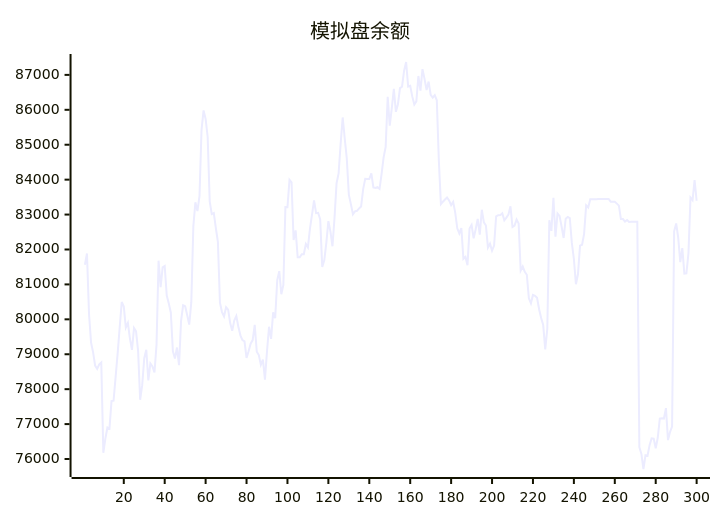
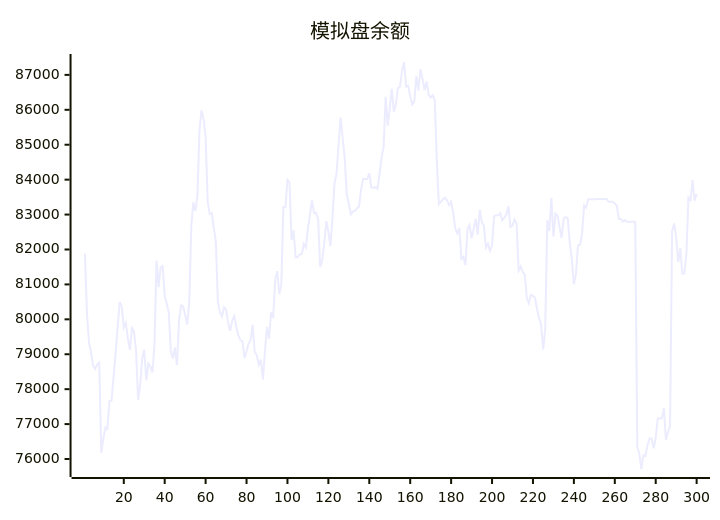
One commit to aahl/ai-trading changed the diagram in README.md. Above: the diagram before and after it, drawn with Mermaid. The commit also changed other lines of this file and 1 other file, not shown here.

````diff
--- a/README.md
+++ b/README.md
@@ -5,5 +5,5 @@
 ```mermaid
 xychart
     title "模拟盘余额"
-    line [81564,81884,80160,79335,79055,78675,78580,78708,78764,76179,76586,76902,76876,77658,77669,78346,79023,79769,80497,80366,79761,79896,79448,79126,79749,79658,79097,77695,78114,78888,79126,78249,78738,78653,78478,79271,81680,80923,81488,81527,80681,80455,80190,79084,78879,79193,78686,79954,80403,80374,80118,79848,80491,82665,83351,83098,83525,85430,85983,85737,85221,83378,83014,83043,82613,82216,80477,80208,80081,80348,80277,79894,79670,79965,80093,79786,79542,79406,79371,78893,79087,79304,79406,79841,79072,78978,78696,78846,78272,79085,79787,79442,80198,80031,81120,81379,80718,80985,83214,83212,83993,83921,82270,82547,81776,81776,81866,81866,82158,82061,82596,83000,83408,83041,83050,82858,81503,81691,82188,82812,82517,82092,82901,83898,84180,85030,85781,85178,84604,83569,83298,83008,83093,83107,83175,83228,83729,84025,84017,84019,84177,83775,83762,83785,83738,84160,84639,84939,86370,85548,86046,86599,85942,86161,86622,86664,87115,87369,86666,86685,86384,86152,86243,86969,86548,87164,86885,86566,86809,86427,86348,86417,86273,84538,83299,83369,83430,83490,83404,83270,83362,83056,82605,82459,82614,81734,81788,81551,82598,82702,82320,82580,82878,82426,83139,82778,82686,82056,82166,81963,82110,82951,82983,82984,83038,82838,82915,82998,83235,82642,82682,82858,82746,81396,81512,81362,81277,80600,80461,80699,80673,80616,80288,80038,79836,79142,79722,82837,82533,83480,82366,83032,82960,82654,82330,82883,82934,82901,82188,81728,81005,81298,82110,82135,82449,83264,83203,83440,83439,83440,83440,83446,83447,83448,83447,83448,83449,83369,83369,83369,83313,83256,82872,82873,82801,82844,82785,82791,82791,82793,82794,76339,76145,75714,76110,76096,76397,76594,76585,76310,76607,77160,77170,77160,77456,76541,76774,76927,82520,82744,82337,81639,82040,81307,81314,81887,83490,83414,83984,83396]
+    line [81884,80160,79335,79055,78675,78580,78708,78764,76179,76586,76902,76876,77658,77669,78346,79023,79769,80497,80366,79761,79896,79448,79126,79749,79658,79097,77695,78114,78888,79126,78249,78738,78653,78478,79271,81680,80923,81488,81527,80681,80455,80190,79084,78879,79193,78686,79954,80403,80374,80118,79848,80491,82665,83351,83098,83525,85430,85983,85737,85221,83378,83014,83043,82613,82216,80477,80208,80081,80348,80277,79894,79670,79965,80093,79786,79542,79406,79371,78893,79087,79304,79406,79841,79072,78978,78696,78846,78272,79085,79787,79442,80198,80031,81120,81379,80718,80985,83214,83212,83993,83921,82270,82547,81776,81776,81866,81866,82158,82061,82596,83000,83408,83041,83050,82858,81503,81691,82188,82812,82517,82092,82901,83898,84180,85030,85781,85178,84604,83569,83298,83008,83093,83107,83175,83228,83729,84025,84017,84019,84177,83775,83762,83785,83738,84160,84639,84939,86370,85548,86046,86599,85942,86161,86622,86664,87115,87369,86666,86685,86384,86152,86243,86969,86548,87164,86885,86566,86809,86427,86348,86417,86273,84538,83299,83369,83430,83490,83404,83270,83362,83056,82605,82459,82614,81734,81788,81551,82598,82702,82320,82580,82878,82426,83139,82778,82686,82056,82166,81963,82110,82951,82983,82984,83038,82838,82915,82998,83235,82642,82682,82858,82746,81396,81512,81362,81277,80600,80461,80699,80673,80616,80288,80038,79836,79142,79722,82837,82533,83480,82366,83032,82960,82654,82330,82883,82934,82901,82188,81728,81005,81298,82110,82135,82449,83264,83203,83440,83439,83440,83440,83446,83447,83448,83447,83448,83449,83369,83369,83369,83313,83256,82872,82873,82801,82844,82785,82791,82791,82793,82794,76339,76145,75714,76110,76096,76397,76594,76585,76310,76607,77160,77170,77160,77456,76541,76774,76927,82520,82744,82337,81639,82040,81307,81314,81887,83490,83414,83984,83396,83594]
 ```
````
